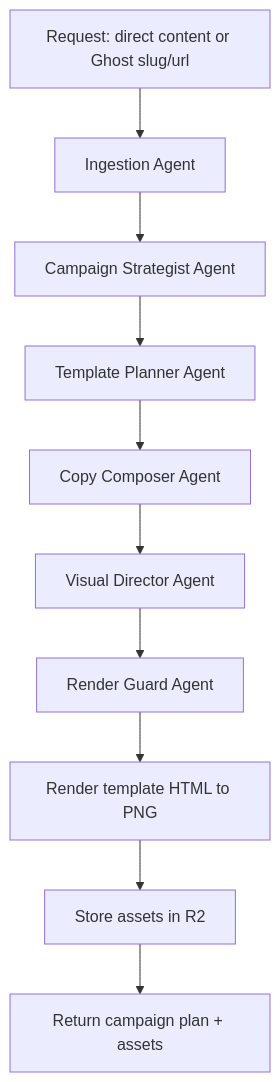
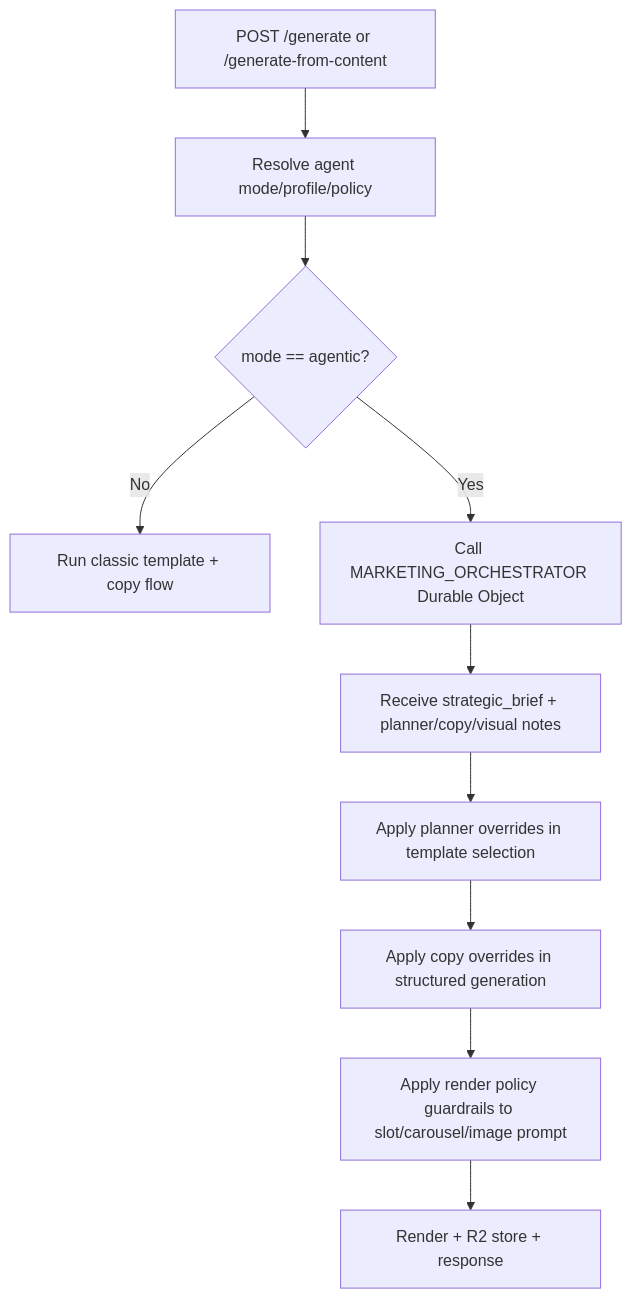
Before and after one commit to sapienskid/tasbir: the third of 3 diagrams in docs/architecture.md, drawn with Mermaid. The commit also changed other lines of this file and 13 other files, not shown here.

````diff
--- a/docs/architecture.md
+++ b/docs/architecture.md
@@ -89,12 +69,12 @@
 ```mermaid
 flowchart TD
-    A[Request: direct content or Ghost slug/url] --> B[Ingestion Agent]
-    B --> C[Campaign Strategist Agent]
-    C --> D[Template Planner Agent]
-    D --> E[Copy Composer Agent]
-    E --> F[Visual Director Agent]
-    F --> G[Render Guard Agent]
-    G --> H[Render template HTML to PNG]
-    H --> I[Store assets in R2]
-    I --> J[Return campaign plan + assets]
+    A[POST /generate or /generate-from-content] --> B[Resolve agent mode/profile/policy]
+    B --> C{mode == agentic?}
+    C -->|No| D[Run classic template + copy flow]
+    C -->|Yes| E[Call MARKETING_ORCHESTRATOR Durable Object]
+    E --> F[Receive strategic_brief + planner/copy/visual notes]
+    F --> G[Apply planner overrides in template selection]
+    G --> H[Apply copy overrides in structured generation]
+    H --> I[Apply render policy guardrails to slot/carousel/image prompt]
+    I --> J[Render + R2 store + response]
 ```
````
